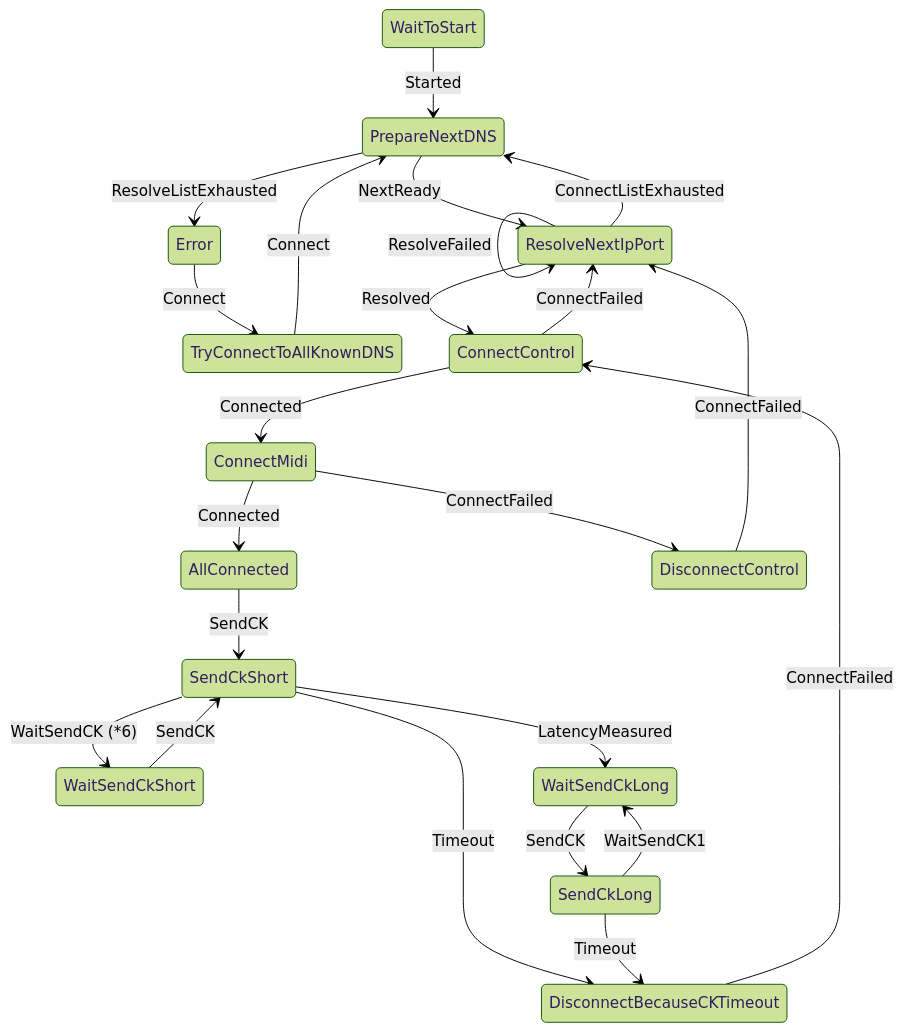
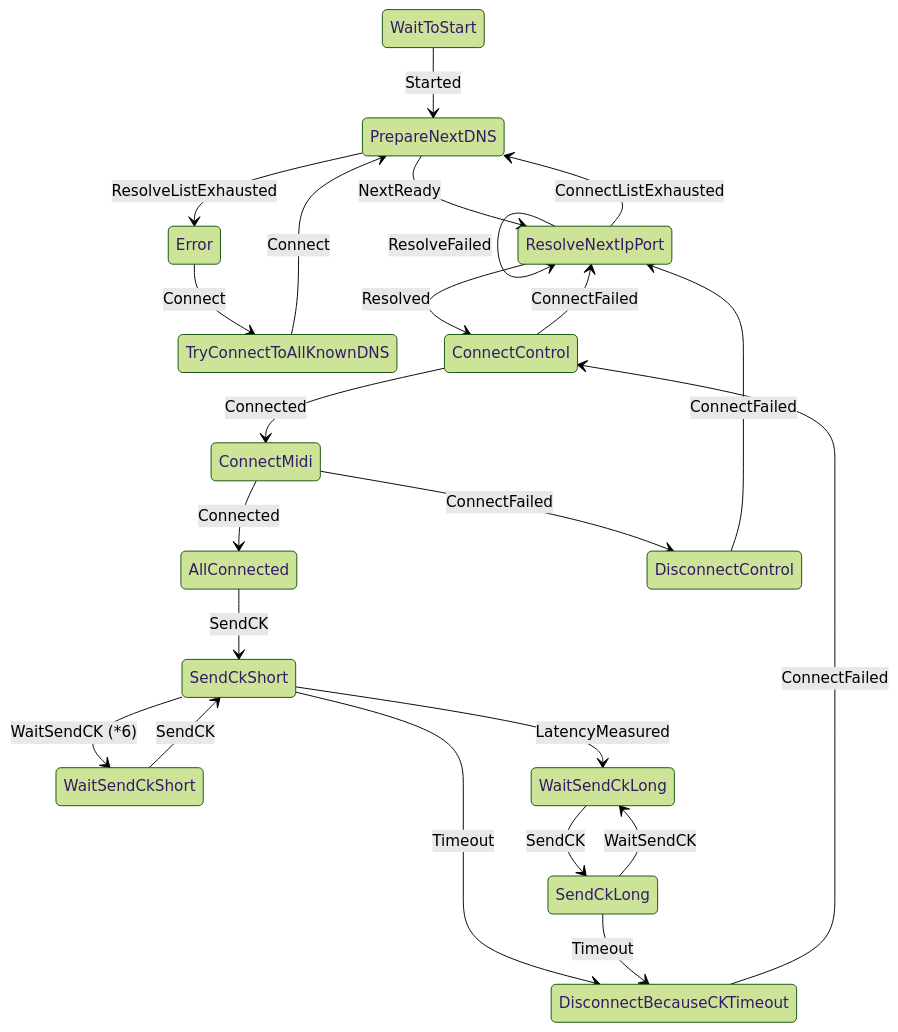
The diagram in lib/STATEMACHINES.md (davidmoreno/rtpmidid), drawn with Mermaid (forest theme) before and after one commit. The commit also changed 2 other files, not shown here.

Commit message:
Fix state machine bad event.

````diff
--- a/lib/STATEMACHINES.md
+++ b/lib/STATEMACHINES.md
@@ -31,32 +31,32 @@
 ```mermaid
 stateDiagram
     WaitToStart --> PrepareNextDNS: Started
     PrepareNextDNS --> ResolveNextIpPort: NextReady
     PrepareNextDNS --> Error: ResolveListExhausted
     ResolveNextIpPort --> PrepareNextDNS: ConnectListExhausted
     ResolveNextIpPort --> ResolveNextIpPort: ResolveFailed
     ResolveNextIpPort --> ConnectControl: Resolved
     ConnectControl --> ResolveNextIpPort: ConnectFailed
     ConnectControl --> ConnectMidi: Connected
     ConnectMidi --> AllConnected: Connected
     ConnectMidi --> DisconnectControl: ConnectFailed
     DisconnectControl --> ResolveNextIpPort: ConnectFailed
 
     AllConnected --> SendCkShort: SendCK
 
     # the ck sends 6 short packets (wait only 2 seconds), and then long ones (60 seconds).
     SendCkShort --> WaitSendCkShort: WaitSendCK (*6)
     SendCkShort --> WaitSendCkLong: LatencyMeasured
     SendCkShort --> DisconnectBecauseCKTimeout: Timeout
 
     WaitSendCkShort --> SendCkShort: SendCK
 
-    SendCkLong --> WaitSendCkLong: WaitSendCK1
+    SendCkLong --> WaitSendCkLong: WaitSendCK
     SendCkLong --> DisconnectBecauseCKTimeout: Timeout
     WaitSendCkLong --> SendCkLong: SendCK
 
     DisconnectBecauseCKTimeout --> ConnectControl: ConnectFailed
 
     Error --> TryConnectToAllKnownDNS: Connect
     TryConnectToAllKnownDNS --> PrepareNextDNS: Connect
 ```
````
